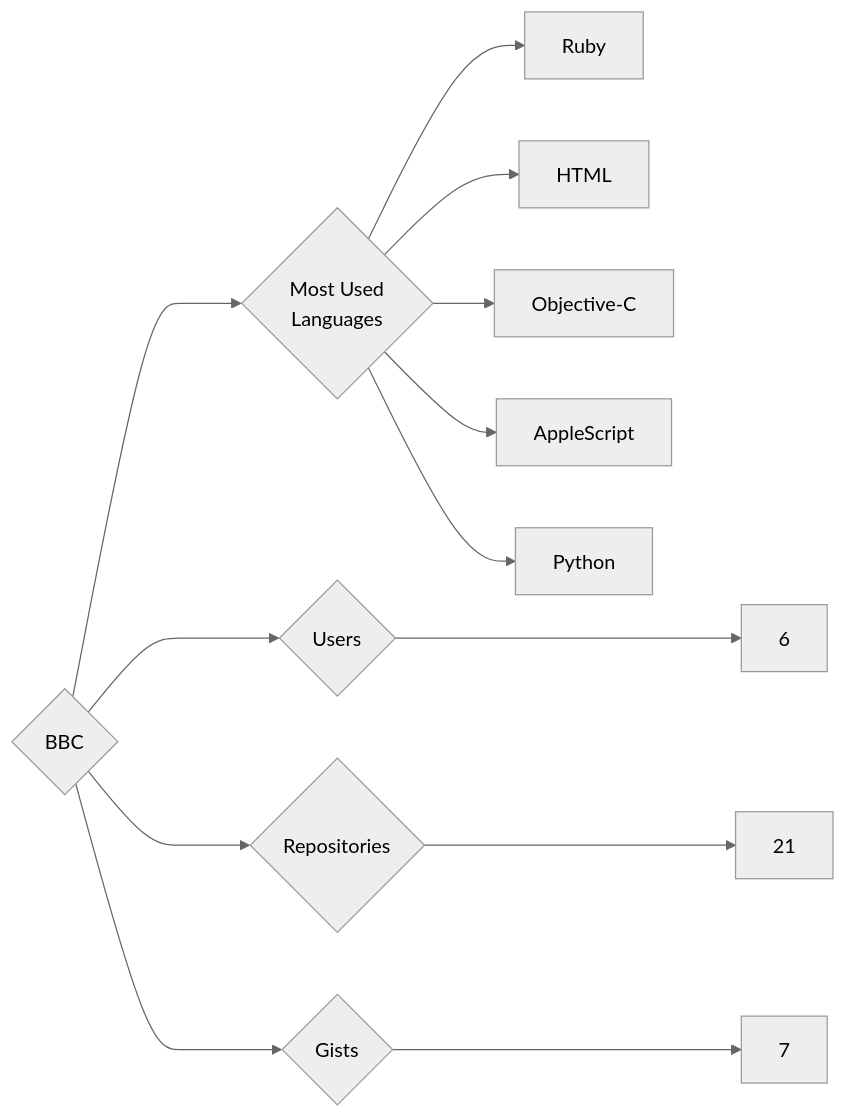
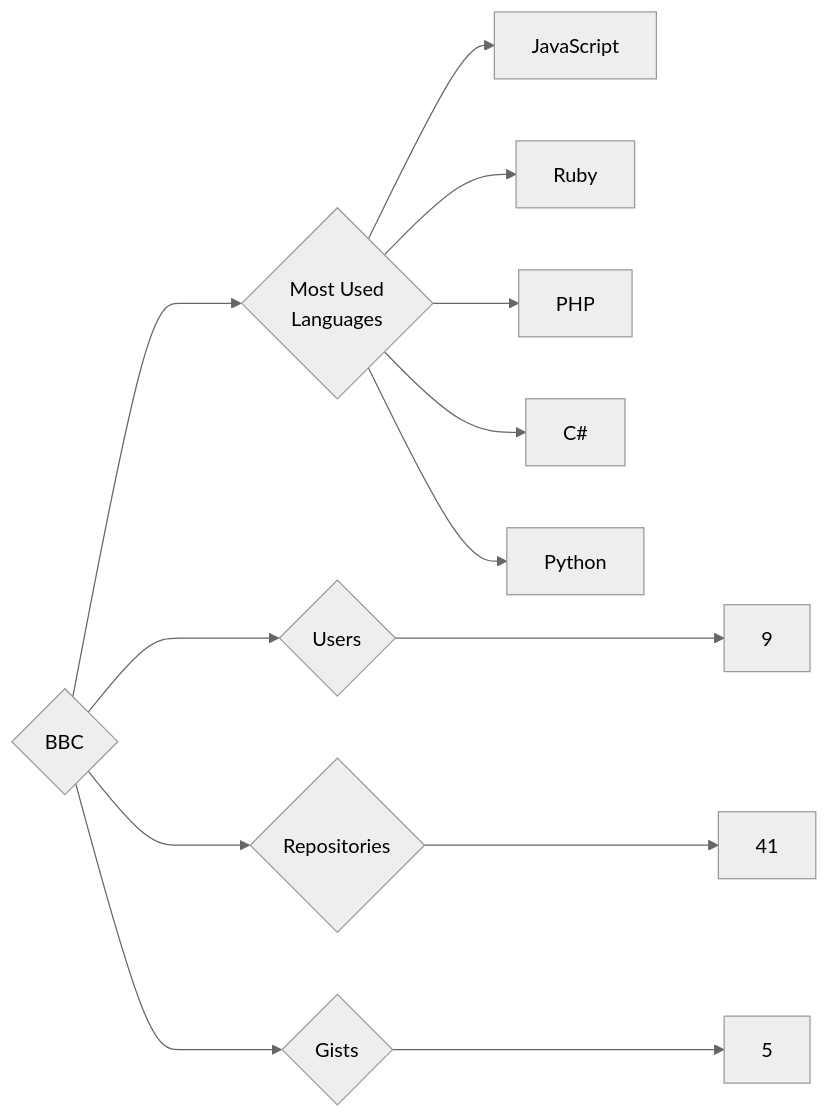
The diagram in targets/BBC/README.md (trickest/insiders), drawn with Mermaid (neutral theme) before and after one commit. The commit also changed 1123 other files, not shown here.

````diff
--- a/targets/BBC/README.md
+++ b/targets/BBC/README.md
@@ -3,13 +3,13 @@
 ```mermaid
 graph LR
 COMPANY_NAME{BBC}
-COMPANY_NAME ---> U{Users} ---> UN[6]
-COMPANY_NAME ---> R{Repositories} ---> RN[21]
-COMPANY_NAME ---> G{Gists} ---> GN[7]
+COMPANY_NAME ---> U{Users} ---> UN[9]
+COMPANY_NAME ---> R{Repositories} ---> RN[41]
+COMPANY_NAME ---> G{Gists} ---> GN[5]
 COMPANY_NAME ---> ML{Most Used<br>Languages}
+ML --> JavaScript[JavaScript]
 ML --> Ruby[Ruby]
-ML --> HTML[HTML]
-ML --> Objective-C[Objective-C]
-ML --> AppleScript[AppleScript]
+ML --> PHP[PHP]
+ML --> C#[C#]
 ML --> Python[Python]
 ```
````
